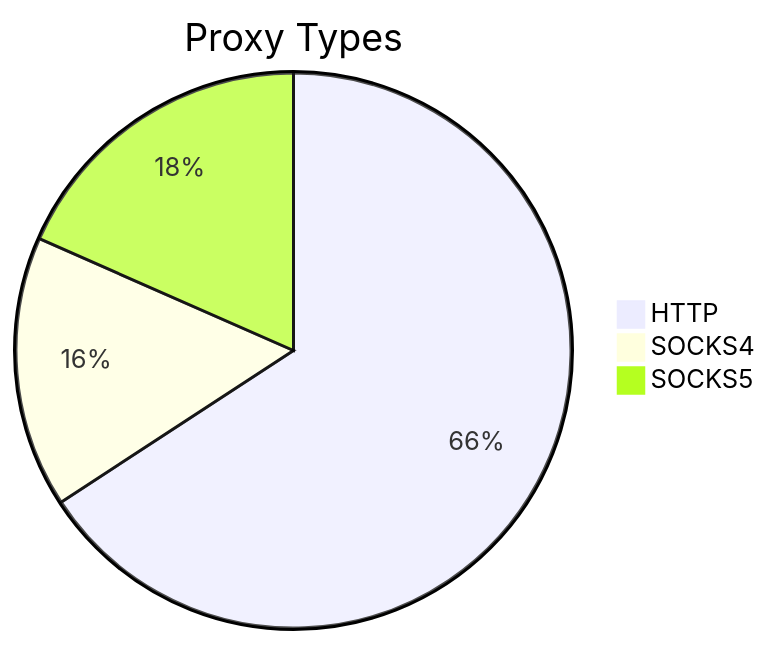
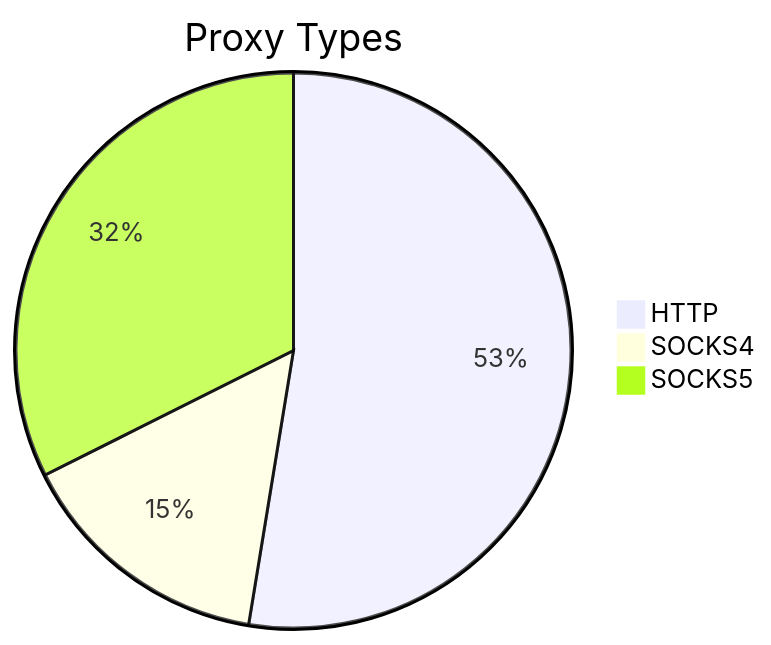
The first of 2 diagrams in README.md (stormsia/proxy-list), drawn with Mermaid before and after one commit. The commit also changed other lines of this file, not shown here.

````diff
--- a/README.md
+++ b/README.md
@@ -21,6 +21,6 @@
 ```mermaid
 pie title Proxy Types
-    "HTTP" : 379
-    "SOCKS4" : 91
-    "SOCKS5" : 106
+    "HTTP" : 224
+    "SOCKS4" : 64
+    "SOCKS5" : 138
 ```
````
